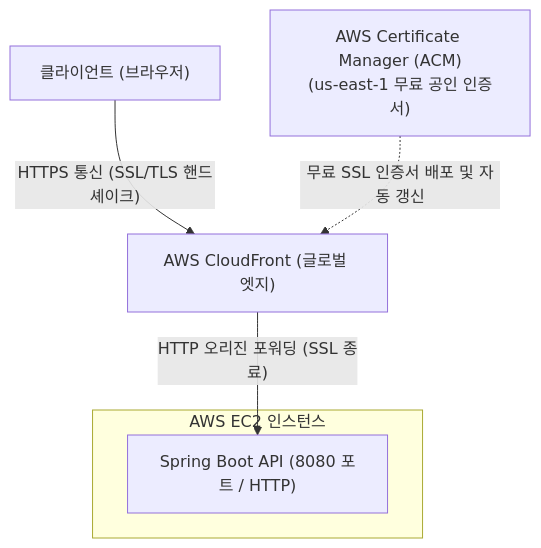
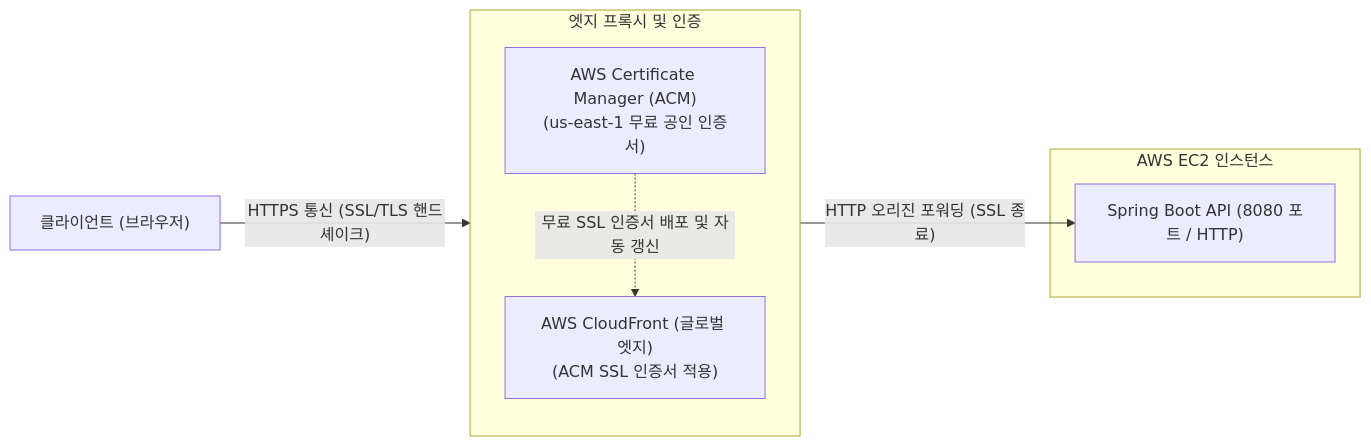
One commit to likelion-backend-25th/22-project-sns changed the third of 4 diagrams in guide/04.challenge.md. Above: the diagram before and after it, drawn with Mermaid. The commit also changed other lines of this file, not shown here.

````diff
--- a/guide/04.challenge.md
+++ b/guide/04.challenge.md
@@ -291,13 +294,18 @@
 ```mermaid
-flowchart TD
-    ACM["AWS Certificate Manager (ACM)<br/>(us-east-1 무료 공인 인증서)"]
+flowchart LR
+    Client["클라이언트 (브라우저)"]
 
-    Client["클라이언트 (브라우저)"] -->|"HTTPS 통신 (SSL/TLS 핸드셰이크)"| CloudFront["AWS CloudFront (글로벌 엣지)"]
+    subgraph CloudFront_Zone["엣지 프록시 및 인증"]
+        direction TB
+        ACM["AWS Certificate Manager (ACM)<br/>(us-east-1 무료 공인 인증서)"]
+        CloudFront["AWS CloudFront (글로벌 엣지)<br/>(ACM SSL 인증서 적용)"]
+    end
 
     subgraph EC2["AWS EC2 인스턴스"]
         SpringBoot["Spring Boot API (8080 포트 / HTTP)"]
     end
 
+    Client -->|"HTTPS 통신 (SSL/TLS 핸드셰이크)"| CloudFront
     ACM -.->|"무료 SSL 인증서 배포 및 자동 갱신"| CloudFront
     CloudFront -->|"HTTP 오리진 포워딩 (SSL 종료)"| SpringBoot
 ```
````
